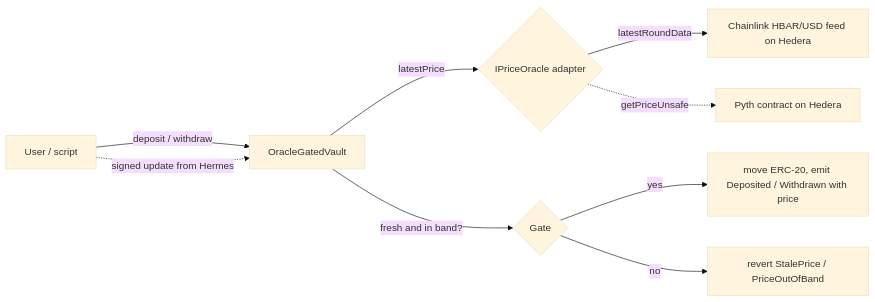
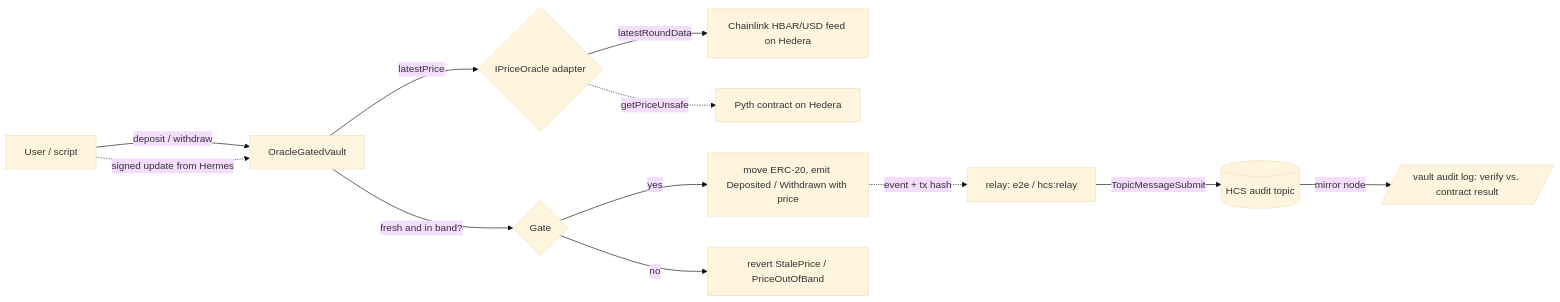
One commit to inunanba/oracle-gated-vault changed the diagram in README.md. Above: the diagram before and after it, drawn with Mermaid (base theme). The commit also changed other lines of this file and 17 other files, not shown here.

Commit message:
feat: Hedera Consensus Service audit log for vault events (topic per vault, idempotent relay, UI cross-check)

````diff
--- a/README.md
+++ b/README.md
@@ -76,11 +77,14 @@
 ```mermaid
 flowchart LR
     U[User / script] -->|deposit / withdraw| V[OracleGatedVault]
     V -->|latestPrice| A{IPriceOracle adapter}
     A -->|latestRoundData| C[Chainlink HBAR/USD feed on Hedera]
     A -.->|getPriceUnsafe| P[Pyth contract on Hedera]
     U -.->|signed update from Hermes| V
     V -->|fresh and in band?| G{Gate}
     G -->|yes| T[move ERC-20, emit Deposited / Withdrawn with price]
     G -->|no| R[revert StalePrice / PriceOutOfBand]
+    T -.->|event + tx hash| RL[relay: e2e / hcs:relay]
+    RL -->|TopicMessageSubmit| H[(HCS audit topic)]
+    H -->|mirror node| UI[/vault audit log: verify vs. contract result/]
 ```
````
